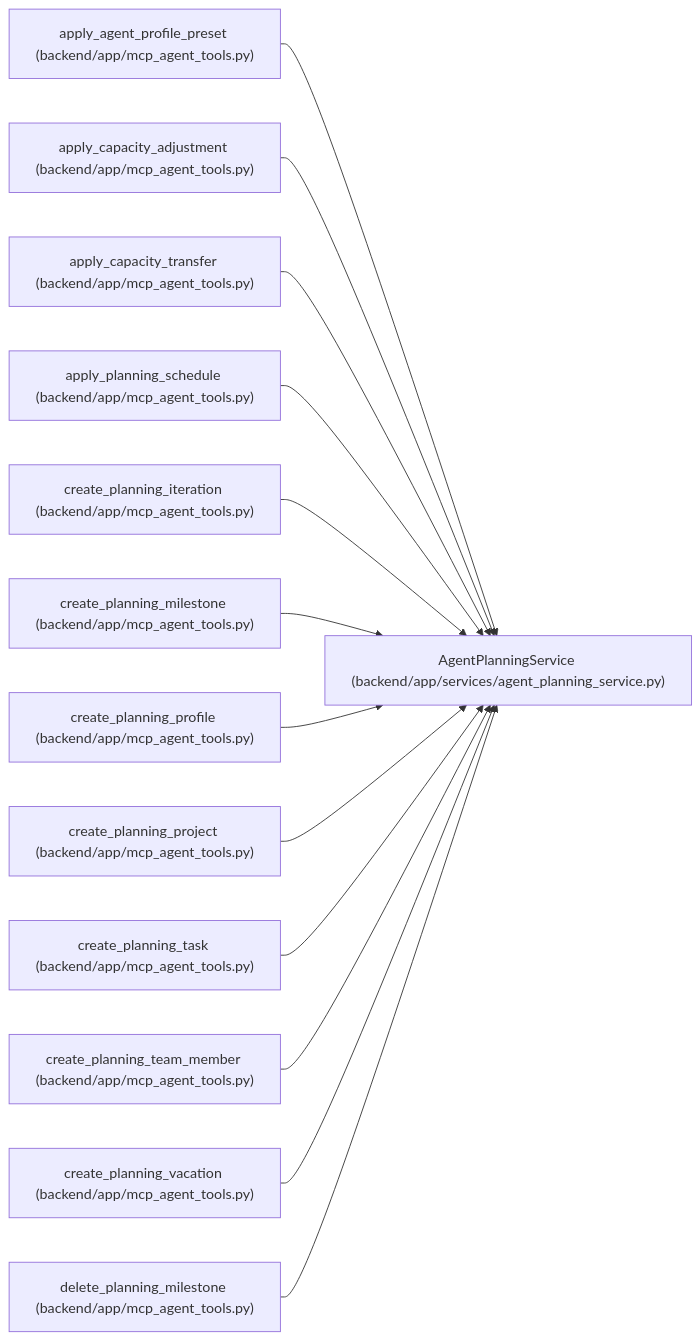
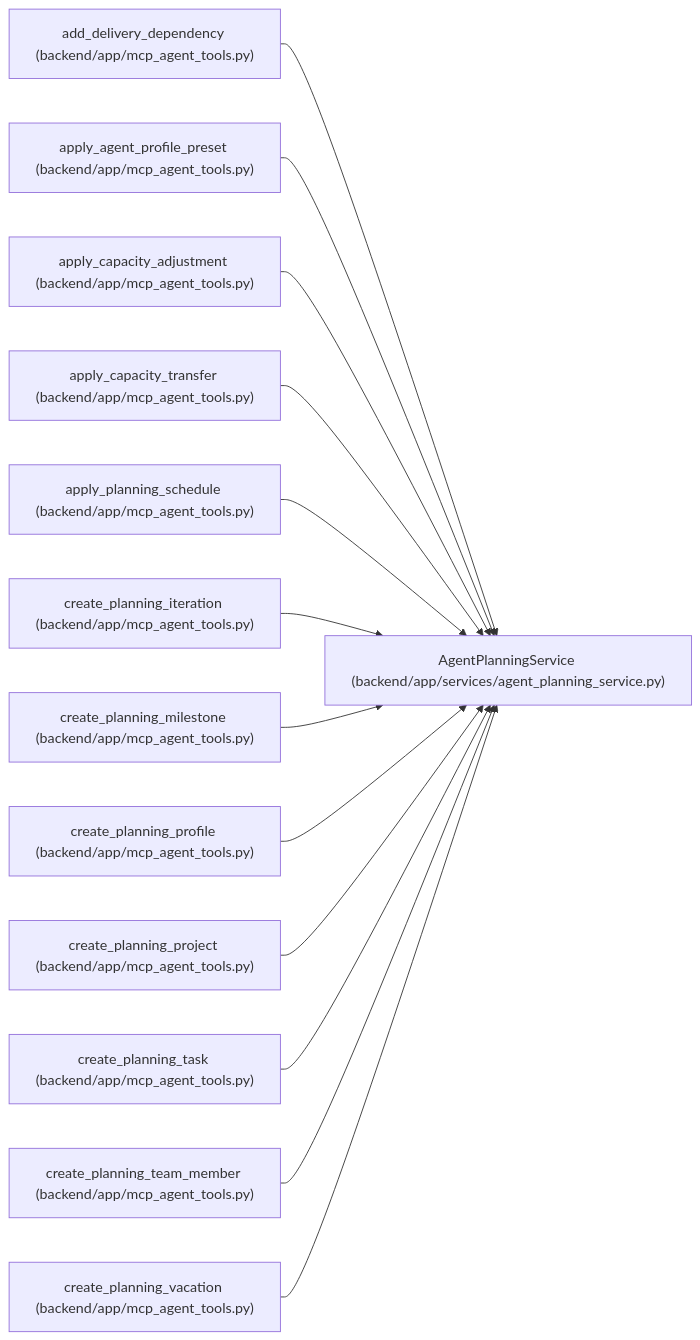
Before and after one commit to Denissvgn/WorkChord: the diagram in docs/llm_wiki/entities/AgentPlanningService.md, drawn with Mermaid. The commit also changed other lines of this file and 1420 other files, not shown here.

First line of the commit message:
Refresh the architectural wiki for the 1.10.0 changes

````diff
--- a/docs/llm_wiki/entities/AgentPlanningService.md
+++ b/docs/llm_wiki/entities/AgentPlanningService.md
@@ -60,41 +62,41 @@
 ```mermaid
 flowchart LR
     n0["AgentPlanningService (backend/app/services/agent_planning_service.py)"]
-    n1["apply_agent_profile_preset (backend/app/mcp_agent_tools.py)"]
-    n2["apply_capacity_adjustment (backend/app/mcp_agent_tools.py)"]
-    n3["apply_capacity_transfer (backend/app/mcp_agent_tools.py)"]
-    n4["apply_planning_schedule (backend/app/mcp_agent_tools.py)"]
-    n5["create_planning_iteration (backend/app/mcp_agent_tools.py)"]
-    n6["create_planning_milestone (backend/app/mcp_agent_tools.py)"]
-    n7["create_planning_profile (backend/app/mcp_agent_tools.py)"]
-    n8["create_planning_project (backend/app/mcp_agent_tools.py)"]
-    n9["create_planning_task (backend/app/mcp_agent_tools.py)"]
-    n10["create_planning_team_member (backend/app/mcp_agent_tools.py)"]
-    n11["create_planning_vacation (backend/app/mcp_agent_tools.py)"]
-    n12["delete_planning_milestone (backend/app/mcp_agent_tools.py)"]
+    n1["add_delivery_dependency (backend/app/mcp_agent_tools.py)"]
+    n2["apply_agent_profile_preset (backend/app/mcp_agent_tools.py)"]
+    n3["apply_capacity_adjustment (backend/app/mcp_agent_tools.py)"]
+    n4["apply_capacity_transfer (backend/app/mcp_agent_tools.py)"]
+    n5["apply_planning_schedule (backend/app/mcp_agent_tools.py)"]
+    n6["create_planning_iteration (backend/app/mcp_agent_tools.py)"]
+    n7["create_planning_milestone (backend/app/mcp_agent_tools.py)"]
+    n8["create_planning_profile (backend/app/mcp_agent_tools.py)"]
+    n9["create_planning_project (backend/app/mcp_agent_tools.py)"]
+    n10["create_planning_task (backend/app/mcp_agent_tools.py)"]
+    n11["create_planning_team_member (backend/app/mcp_agent_tools.py)"]
+    n12["create_planning_vacation (backend/app/mcp_agent_tools.py)"]
     n1 --> n0
     n2 --> n0
     n3 --> n0
     n4 --> n0
     n5 --> n0
     n6 --> n0
     n7 --> n0
     n8 --> n0
     n9 --> n0
     n10 --> n0
     n11 --> n0
     n12 --> n0
     click n0 "../modules/agent_planning_service.md"
     click n1 "../modules/mcp_agent_tools.md"
     click n2 "../modules/mcp_agent_tools.md"
     click n3 "../modules/mcp_agent_tools.md"
     click n4 "../modules/mcp_agent_tools.md"
     click n5 "../modules/mcp_agent_tools.md"
     click n6 "../modules/mcp_agent_tools.md"
     click n7 "../modules/mcp_agent_tools.md"
     click n8 "../modules/mcp_agent_tools.md"
     click n9 "../modules/mcp_agent_tools.md"
     click n10 "../modules/mcp_agent_tools.md"
     click n11 "../modules/mcp_agent_tools.md"
     click n12 "../modules/mcp_agent_tools.md"
 ```
````
